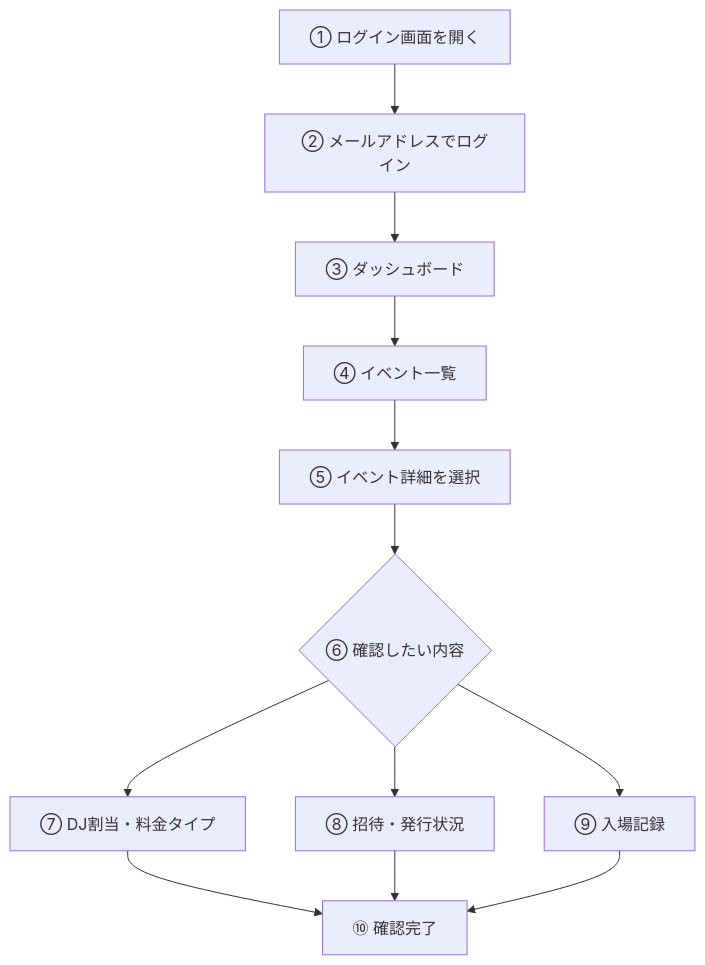
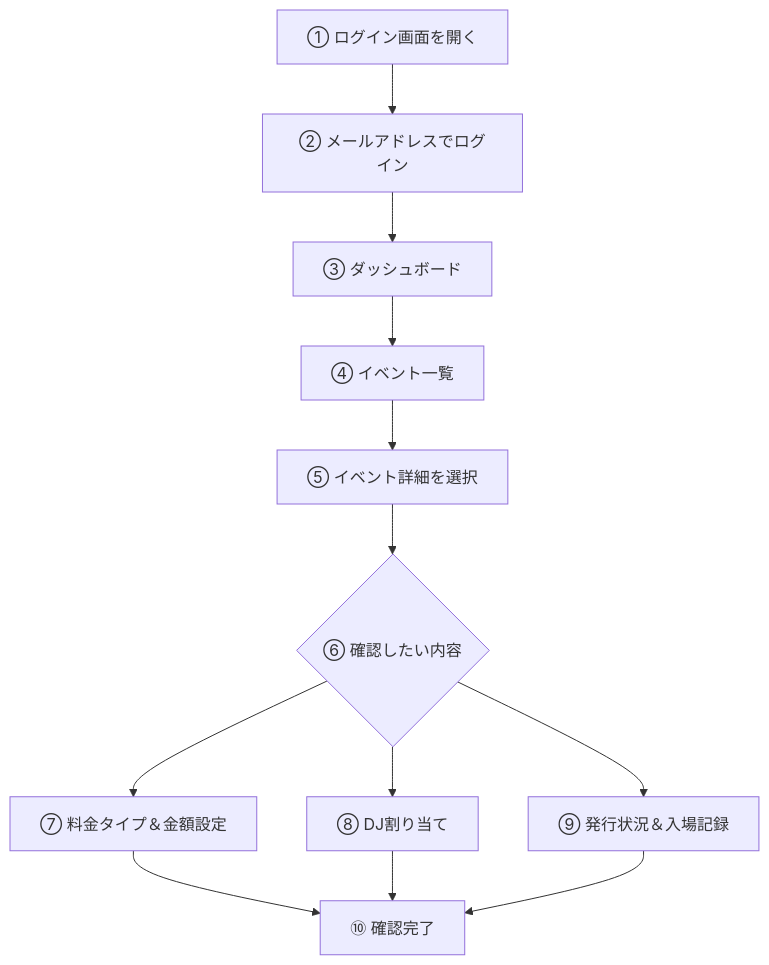
Before and after one commit to okumura521/womb-auth-manual: the first of 3 diagrams in 使用マニュアル_管理画面.md, drawn with Mermaid. The commit also changed other lines of this file and 3 other files, not shown here.

````diff
--- a/使用マニュアル_管理画面.md
+++ b/使用マニュアル_管理画面.md
@@ -9,14 +9,14 @@
 ```mermaid
 flowchart TD
   Start["① ログイン画面を開く"] --> Login["② メールアドレスでログイン"]
   Login --> Dashboard["③ ダッシュボード"]
   Dashboard --> EventList["④ イベント一覧"]
   EventList --> EventDetail["⑤ イベント詳細を選択"]
   EventDetail --> Tabs{"⑥ 確認したい内容"}
-  Tabs --> DJ["⑦ DJ割当・料金タイプ"]
-  Tabs --> Invitation["⑧ 招待・発行状況"]
-  Tabs --> Entry["⑨ 入場記録"]
+  Tabs --> DJ["⑦ 料金タイプ＆金額設定"]
+  Tabs --> Invitation["⑧ DJ割り当て"]
+  Tabs --> Entry["⑨ 発行状況＆入場記録"]
   DJ --> End["⑩ 確認完了"]
   Invitation --> End
   Entry --> End
 ```
````
